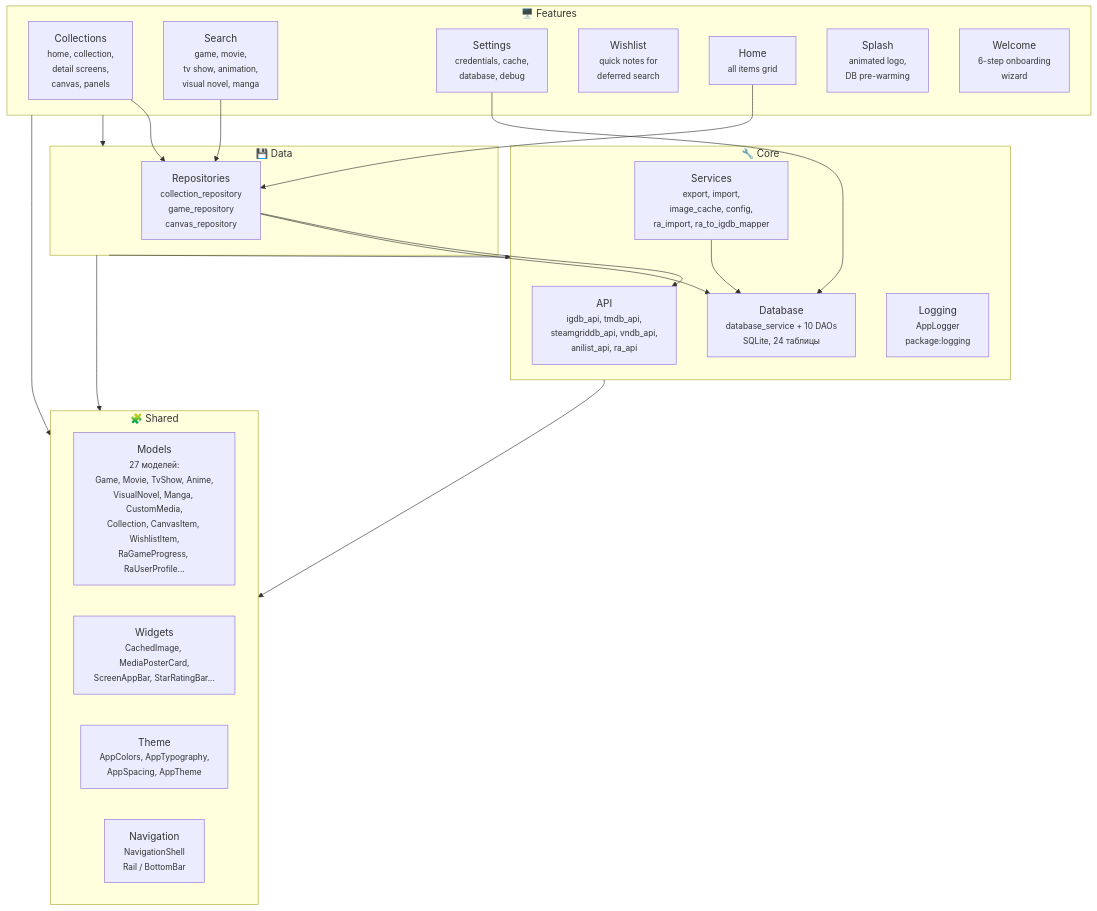
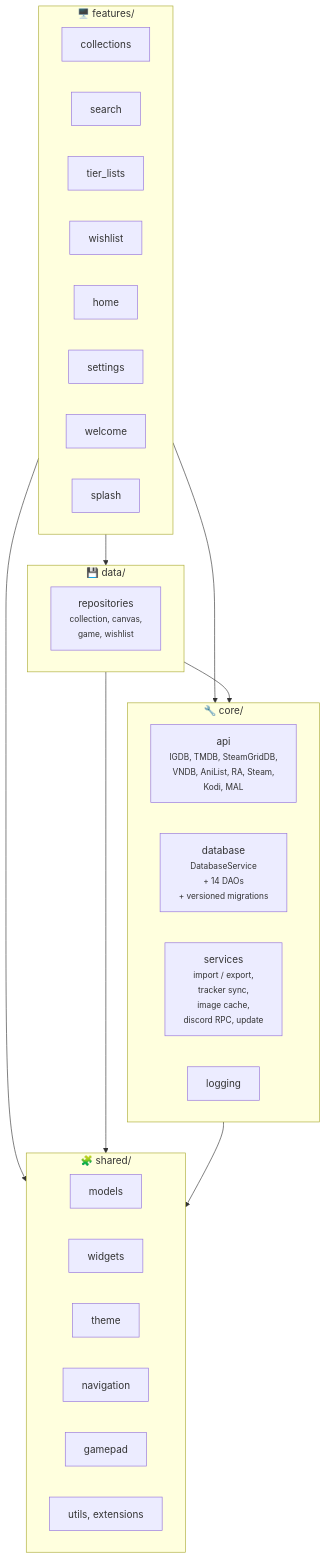
One commit to hacan359/tonkatsu_box changed the diagram in docs/ARCHITECTURE.md. Above: the diagram before and after it, drawn with Mermaid. The commit also changed other lines of this file and 15 other files, not shown here.

````diff
--- a/docs/ARCHITECTURE.md
+++ b/docs/ARCHITECTURE.md
@@ -24,44 +23,40 @@
 ```mermaid
 graph TB
-    subgraph core ["🔧 Core"]
-        api["API<br/><small>igdb_api, tmdb_api,<br/>steamgriddb_api, vndb_api,<br/>anilist_api, ra_api</small>"]
-        database["Database<br/><small>database_service + 10 DAOs<br/>SQLite, 24 таблицы</small>"]
-        logging["Logging<br/><small>AppLogger<br/>package:logging</small>"]
-        services["Services<br/><small>export, import,<br/>image_cache, config,<br/>ra_import, ra_to_igdb_mapper</small>"]
+    subgraph core ["🔧 core/"]
+        api["api<br/><small>IGDB, TMDB, SteamGridDB,<br/>VNDB, AniList, RA, Steam,<br/>Kodi, MAL</small>"]
+        database["database<br/><small>DatabaseService<br/>+ 14 DAOs<br/>+ versioned migrations</small>"]
+        services["services<br/><small>import / export,<br/>tracker sync,<br/>image cache,<br/>discord RPC, update</small>"]
+        logging["logging"]
     end
 
-    subgraph data ["💾 Data"]
-        repositories["Repositories<br/><small>collection_repository<br/>game_repository<br/>canvas_repository</small>"]
+    subgraph data ["💾 data/"]
+        repositories["repositories<br/><small>collection, canvas,<br/>game, wishlist</small>"]
     end
 
-    subgraph features ["🖥️ Features"]
-        collections["Collections<br/><small>home, collection,<br/>detail screens,<br/>canvas, panels</small>"]
-        search["Search<br/><small>game, movie,<br/>tv show, animation,<br/>visual novel, manga</small>"]
-        settings["Settings<br/><small>credentials, cache,<br/>database, debug</small>"]
-        wishlist["Wishlist<br/><small>quick notes for<br/>deferred search</small>"]
-        home["Home<br/><small>all items grid</small>"]
-        splash["Splash<br/><small>animated logo,<br/>DB pre-warming</small>"]
-        welcome["Welcome<br/><small>6-step onboarding<br/>wizard</small>"]
+    subgraph features ["🖥️ features/"]
+        collections["collections"]
+        search["search"]
+        tier["tier_lists"]
+        wishlist["wishlist"]
+        home["home"]
+        settings["settings"]
+        welcome["welcome"]
+        splash["splash"]
     end
 
-    subgraph shared ["🧩 Shared"]
-        models["Models<br/><small>27 моделей:<br/>Game, Movie, TvShow, Anime,<br/>VisualNovel, Manga, CustomMedia,<br/>Collection, CanvasItem, WishlistItem,<br/>RaGameProgress, RaUserProfile...</small>"]
-        widgets["Widgets<br/><small>CachedImage, MediaPosterCard,<br/>ScreenAppBar, StarRatingBar...</small>"]
-        theme["Theme<br/><small>AppColors, AppTypography,<br/>AppSpacing, AppTheme</small>"]
-        navigation["Navigation<br/><small>NavigationShell<br/>Rail / BottomBar</small>"]
+    subgraph shared ["🧩 shared/"]
+        models["models"]
+        widgets["widgets"]
+        theme["theme"]
+        navigation["navigation"]
+        gamepad["gamepad"]
+        utils["utils, extensions"]
     end
 
     features --> data
     features --> shared
+    features --> core
     data --> core
     data --> shared
     core --> shared
-
-    collections --> repositories
-    search --> repositories
-    settings --> database
-    home --> repositories
-    repositories --> api
-    repositories --> database
-    services --> database
 ```
````
